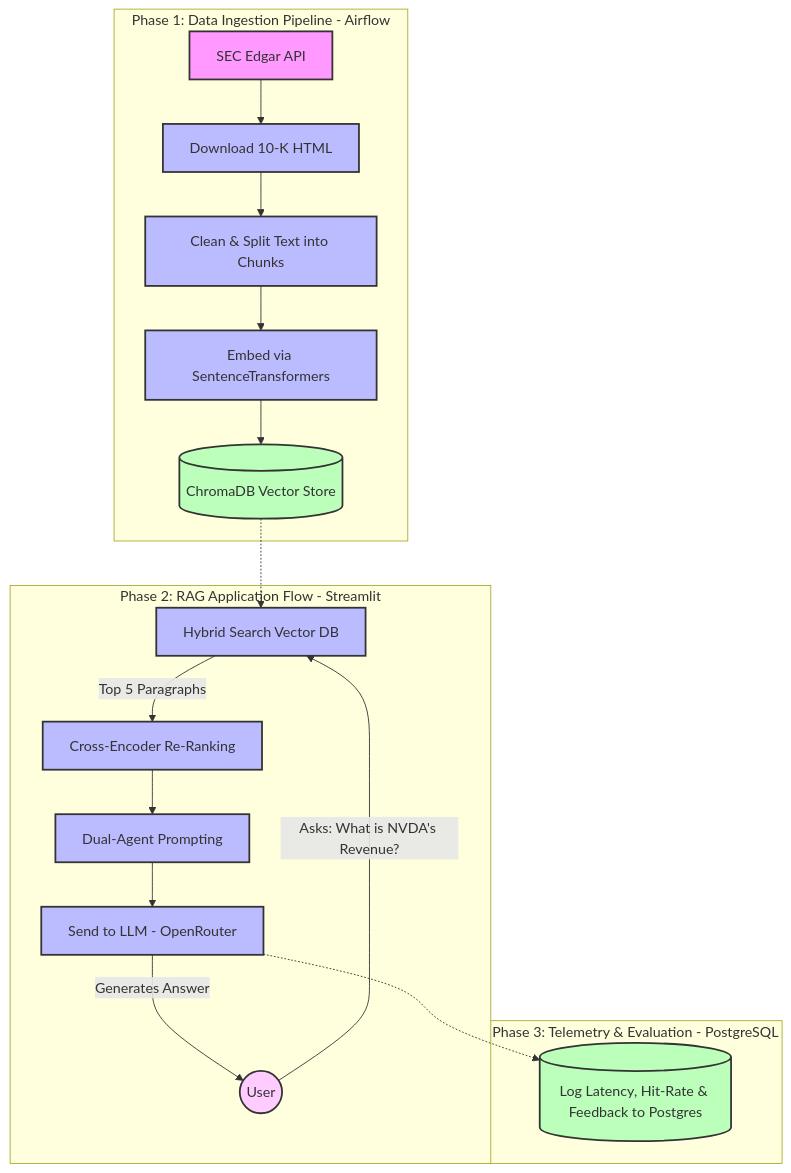
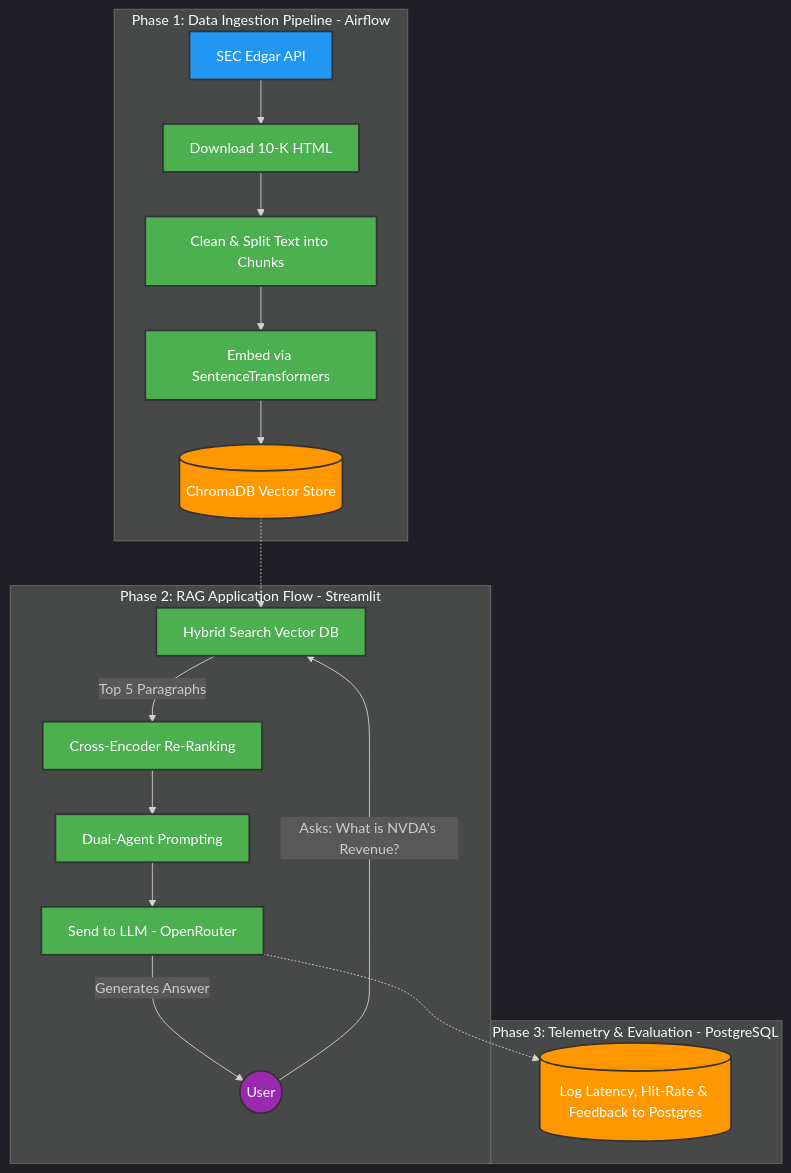
Before and after one commit to Smiffeed/sec_edgar_rag_analyzer: the diagram in README.md, drawn with Mermaid.

Commit message:
Enhance Mermaid diagram colors in README
Updated the Mermaid diagram styles for better visibility.

````diff
--- a/README.md
+++ b/README.md
@@ -6,27 +6,31 @@
 ```mermaid
+---
+config:
+  theme: dark
+---
 flowchart TD
-    classDef data fill:#f9f,stroke:#333,stroke-width:2px;
-    classDef process fill:#bbf,stroke:#333,stroke-width:2px;
-    classDef storage fill:#bfb,stroke:#333,stroke-width:2px;
-    classDef user fill:#fcf,stroke:#333,stroke-width:2px;
+    classDef data fill:#2196F3,stroke:#333,stroke-width:2px,color:#fff;
+    classDef process fill:#4CAF50,stroke:#333,stroke-width:2px,color:#fff;
+    classDef storage fill:#FF9800,stroke:#333,stroke-width:2px,color:#fff;
+    classDef user fill:#9C27B0,stroke:#333,stroke-width:2px,color:#fff;
 
     subgraph Phase1 [Phase 1: Data Ingestion Pipeline - Airflow]
         A[SEC Edgar API]:::data --> B[Download 10-K HTML]:::process
         B --> C[Clean & Split Text into Chunks]:::process
         C --> D[Embed via SentenceTransformers]:::process
         D --> E[(ChromaDB Vector Store)]:::storage
     end
 
     subgraph Phase2 [Phase 2: RAG Application Flow - Streamlit]
         U((User)):::user -->|Asks: What is NVDA's Revenue?| F[Hybrid Search Vector DB]:::process
         E -.-> F
         F -->|Top 5 Paragraphs| G[Cross-Encoder Re-Ranking]:::process
         G --> H[Dual-Agent Prompting]:::process
         H --> I[Send to LLM - OpenRouter]:::process
         I -->|Generates Answer| U
     end
 
     subgraph Phase3 [Phase 3: Telemetry & Evaluation - PostgreSQL]
         I -.-> M[(Log Latency, Hit-Rate & Feedback to Postgres)]:::storage
     end
 ```
````
